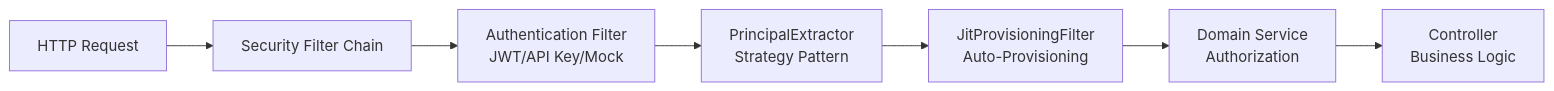
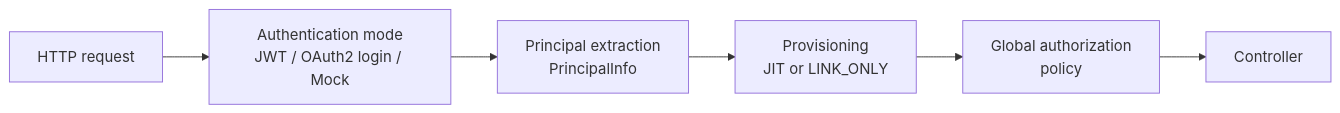
The diagram in docs/src/concepts/authentication.md (Decathlon/internal-developer-platform), drawn with Mermaid before and after one commit. The commit also changed other lines of this file and 83 other files, not shown here.

````diff
--- a/docs/src/concepts/authentication.md
+++ b/docs/src/concepts/authentication.md
@@ -14,9 +9,8 @@
 ```mermaid
-graph LR
-    A["HTTP Request"] --> B["Security Filter Chain"]
-    B --> C["Authentication Filter<br/>JWT/API Key/Mock"]
-    C --> D["PrincipalExtractor<br/>Strategy Pattern"]
-    D --> E["JitProvisioningFilter<br/>Auto-Provisioning"]
-    E --> F["Domain Service<br/>Authorization"]
-    F --> G["Controller<br/>Business Logic"]
+flowchart LR
+    A[HTTP request] --> B[Authentication mode<br/>JWT / OAuth2 login / Mock]
+    B --> C[Principal extraction<br/>PrincipalInfo]
+    C --> D[Provisioning<br/>JIT or LINK_ONLY]
+    D --> E[Global authorization<br/>policy]
+    E --> F[Controller]
 ```
````
